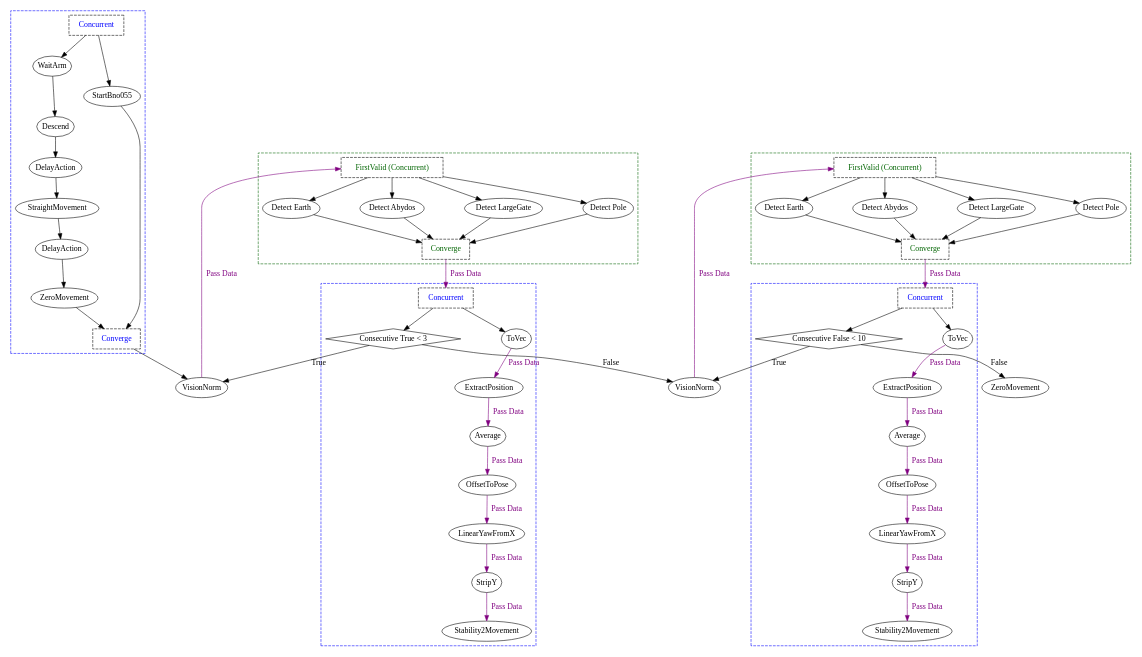
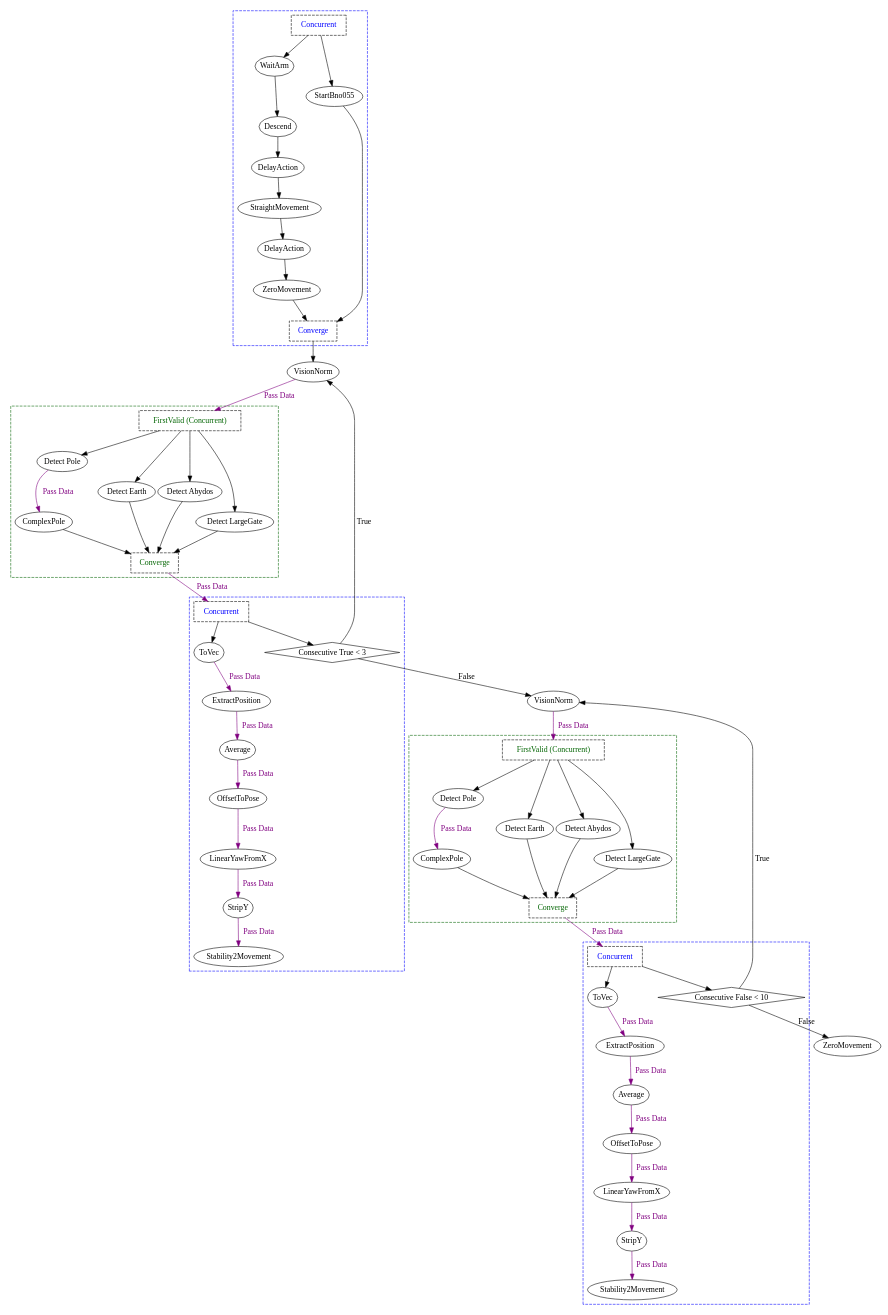
One commit to ncsurobotics/SW8S-Rust changed the diagram in graphs/pole-logic/gate/gate_run_complex.dot. Above: the diagram before and after it, drawn with Graphviz. The commit also changed 17 other files, not shown here.

```diff
--- a/graphs/pole-logic/gate/gate_run_complex.dot
+++ b/graphs/pole-logic/gate/gate_run_complex.dot
@@ -2,123 +2,127 @@
 	splines = true;
 	nodesep = 1.0;
 	bgcolor = "none"
-	"2bd655d3-71ba-45ed-b21e-16279caaa477" [shape = diamond];
-	"a01e5dd4-f7db-4a54-b85f-62ecef08a13f" [shape = diamond];
-	subgraph "cluster_c1e61c11-3910-48b1-9992-b3fd0e5b3210" {
+	"4c0540e2-a881-477e-b250-6ec16eefbc73" [shape = diamond];
+	"5f1c06dd-058b-4028-865f-52d4f9f89eb8" [shape = diamond];
+	subgraph "cluster_8c59b514-da0f-4f82-aefe-9039195e3c82" {
 		style = dashed;
 		color = blue;
-		"2ce8c90c-3b46-40f9-9d74-a91f3afa0d53" -> "4c9c7421-360c-4e41-bd42-1bf8656337c1" ;
-		"d2e70d39-f25d-492b-801b-8a4c6adc7da1" -> "0a4485b2-6d23-4e41-97b6-69013a7c1566" ;
-		"0a4485b2-6d23-4e41-97b6-69013a7c1566" -> "dd36d060-226e-45e8-8d5e-e10c7ce61c6f" ;
-		"4c9c7421-360c-4e41-bd42-1bf8656337c1" -> "d2e70d39-f25d-492b-801b-8a4c6adc7da1" ;
-		"b8d1b256-a2e7-4e83-b3f0-9a7b893a6e75" -> "2ce8c90c-3b46-40f9-9d74-a91f3afa0d53" ;
-		"260871b3-140f-4f81-9692-e09ef9cb1bec" -> "b8d1b256-a2e7-4e83-b3f0-9a7b893a6e75";
-		"260871b3-140f-4f81-9692-e09ef9cb1bec" -> "7a0a2050-b992-4a28-b17b-e0b534622b13";
-		"dd36d060-226e-45e8-8d5e-e10c7ce61c6f" -> "305733d7-3639-42b4-8277-3903d1e484bf";
-		"7a0a2050-b992-4a28-b17b-e0b534622b13" -> "305733d7-3639-42b4-8277-3903d1e484bf";
-		"260871b3-140f-4f81-9692-e09ef9cb1bec" [label = "Concurrent", shape = box, fontcolor = blue, style = dashed];
-		"b8d1b256-a2e7-4e83-b3f0-9a7b893a6e75" [label = "WaitArm", margin = 0];
-		"2ce8c90c-3b46-40f9-9d74-a91f3afa0d53" [label = "Descend", margin = 0];
-		"4c9c7421-360c-4e41-bd42-1bf8656337c1" [label = "DelayAction", margin = 0];
-		"d2e70d39-f25d-492b-801b-8a4c6adc7da1" [label = "StraightMovement", margin = 0];
-		"0a4485b2-6d23-4e41-97b6-69013a7c1566" [label = "DelayAction", margin = 0];
-		"dd36d060-226e-45e8-8d5e-e10c7ce61c6f" [label = "ZeroMovement", margin = 0];
-		"7a0a2050-b992-4a28-b17b-e0b534622b13" [label = "StartBno055", margin = 0];
-		"305733d7-3639-42b4-8277-3903d1e484bf" [label = "Converge", shape = box, fontcolor = blue, style = dashed];
+		"2539de1b-3e62-43da-aeb6-fc5fbde2a569" -> "53a56b02-a3d6-4e35-9f2d-75690e2b9ed6" ;
+		"e222d7f7-c1aa-454e-9317-9496f1a9473a" -> "49b5540e-ac39-4051-a566-cffffde2ae45" ;
+		"49b5540e-ac39-4051-a566-cffffde2ae45" -> "df51bb23-bdda-4107-a645-608104918433" ;
+		"53a56b02-a3d6-4e35-9f2d-75690e2b9ed6" -> "e222d7f7-c1aa-454e-9317-9496f1a9473a" ;
+		"2d2974ce-872d-41c8-aeee-73e77ebc61f4" -> "2539de1b-3e62-43da-aeb6-fc5fbde2a569" ;
+		"d06fed8e-9a02-4740-90a0-869951f1b13e" -> "2d2974ce-872d-41c8-aeee-73e77ebc61f4";
+		"d06fed8e-9a02-4740-90a0-869951f1b13e" -> "be6e374c-7216-4df3-896e-928fd23ea615";
+		"df51bb23-bdda-4107-a645-608104918433" -> "a8e0de73-2bab-4e06-86c9-fae8da04a5bd";
+		"be6e374c-7216-4df3-896e-928fd23ea615" -> "a8e0de73-2bab-4e06-86c9-fae8da04a5bd";
+		"d06fed8e-9a02-4740-90a0-869951f1b13e" [label = "Concurrent", shape = box, fontcolor = blue, style = dashed];
+		"2d2974ce-872d-41c8-aeee-73e77ebc61f4" [label = "WaitArm", margin = 0];
+		"2539de1b-3e62-43da-aeb6-fc5fbde2a569" [label = "Descend", margin = 0];
+		"53a56b02-a3d6-4e35-9f2d-75690e2b9ed6" [label = "DelayAction", margin = 0];
+		"e222d7f7-c1aa-454e-9317-9496f1a9473a" [label = "StraightMovement", margin = 0];
+		"49b5540e-ac39-4051-a566-cffffde2ae45" [label = "DelayAction", margin = 0];
+		"df51bb23-bdda-4107-a645-608104918433" [label = "ZeroMovement", margin = 0];
+		"be6e374c-7216-4df3-896e-928fd23ea615" [label = "StartBno055", margin = 0];
+		"a8e0de73-2bab-4e06-86c9-fae8da04a5bd" [label = "Converge", shape = box, fontcolor = blue, style = dashed];
 	}
 	
-	subgraph "cluster_cee96390-20e1-49f7-a063-418fb03e601f" {
+	subgraph "cluster_f03b633f-1e14-4688-9846-38c40a100f09" {
 		style = dashed;
 		color = darkgreen;
-		"a700979d-cc7d-495c-b35f-3e04bddcee45" -> "13dfb881-c95f-49c9-9e8e-ef2fa8a1fa29";
-		"a700979d-cc7d-495c-b35f-3e04bddcee45" -> "6cca75c4-6d68-4863-bd9a-d0ae86d9a6f5";
-		"a700979d-cc7d-495c-b35f-3e04bddcee45" -> "ef1608b3-de5b-4bdd-91c1-3c06d02e2422";
-		"a700979d-cc7d-495c-b35f-3e04bddcee45" -> "ca05766c-e50d-498c-a88e-02c91a3ecd51";
-		"13dfb881-c95f-49c9-9e8e-ef2fa8a1fa29" -> "67173867-a8cd-4ab3-9442-d9ff74e4eb84";
-		"6cca75c4-6d68-4863-bd9a-d0ae86d9a6f5" -> "67173867-a8cd-4ab3-9442-d9ff74e4eb84";
-		"ef1608b3-de5b-4bdd-91c1-3c06d02e2422" -> "67173867-a8cd-4ab3-9442-d9ff74e4eb84";
-		"ca05766c-e50d-498c-a88e-02c91a3ecd51" -> "67173867-a8cd-4ab3-9442-d9ff74e4eb84";
-		"a700979d-cc7d-495c-b35f-3e04bddcee45" [label = "FirstValid (Concurrent)", shape = box, fontcolor = darkgreen, style = dashed];
-		"13dfb881-c95f-49c9-9e8e-ef2fa8a1fa29" [label = "Detect Earth", margin = 0];
-		"6cca75c4-6d68-4863-bd9a-d0ae86d9a6f5" [label = "Detect Abydos", margin = 0];
-		"ef1608b3-de5b-4bdd-91c1-3c06d02e2422" [label = "Detect LargeGate", margin = 0];
-		"ca05766c-e50d-498c-a88e-02c91a3ecd51" [label = "Detect Pole", margin = 0];
-		"67173867-a8cd-4ab3-9442-d9ff74e4eb84" [label = "Converge", shape = box, fontcolor = darkgreen, style = dashed];
+		"36d6f7ff-9163-4587-babe-f352387fc3b6" -> "e1a3a978-1831-4d11-82ae-eea791f762a4" [color = purple, fontcolor = purple, label = "Pass Data"];
+		"c4e9caf9-3d58-4931-be98-250697200a35" -> "54736993-6823-4c63-87b8-7b699ae1efb1";
+		"c4e9caf9-3d58-4931-be98-250697200a35" -> "fb2c9a40-8373-4964-9d71-a4e1244bcf6b";
+		"c4e9caf9-3d58-4931-be98-250697200a35" -> "aa63a551-bdae-4733-b678-bafb49f45de5";
+		"c4e9caf9-3d58-4931-be98-250697200a35" -> "36d6f7ff-9163-4587-babe-f352387fc3b6";
+		"54736993-6823-4c63-87b8-7b699ae1efb1" -> "8908884d-9622-41b3-856e-c903b9b535a0";
+		"fb2c9a40-8373-4964-9d71-a4e1244bcf6b" -> "8908884d-9622-41b3-856e-c903b9b535a0";
+		"aa63a551-bdae-4733-b678-bafb49f45de5" -> "8908884d-9622-41b3-856e-c903b9b535a0";
+		"e1a3a978-1831-4d11-82ae-eea791f762a4" -> "8908884d-9622-41b3-856e-c903b9b535a0";
+		"c4e9caf9-3d58-4931-be98-250697200a35" [label = "FirstValid (Concurrent)", shape = box, fontcolor = darkgreen, style = dashed];
+		"54736993-6823-4c63-87b8-7b699ae1efb1" [label = "Detect Earth", margin = 0];
+		"fb2c9a40-8373-4964-9d71-a4e1244bcf6b" [label = "Detect Abydos", margin = 0];
+		"aa63a551-bdae-4733-b678-bafb49f45de5" [label = "Detect LargeGate", margin = 0];
+		"36d6f7ff-9163-4587-babe-f352387fc3b6" [label = "Detect Pole", margin = 0];
+		"e1a3a978-1831-4d11-82ae-eea791f762a4" [label = "ComplexPole", margin = 0];
+		"8908884d-9622-41b3-856e-c903b9b535a0" [label = "Converge", shape = box, fontcolor = darkgreen, style = dashed];
 	}
 	
-	subgraph "cluster_f652496b-00c1-404d-a5cb-b731b7689c3c" {
+	subgraph "cluster_48ab62da-65fe-48b0-b29a-0f56f45a9a8c" {
 		style = dashed;
 		color = blue;
-		"b95eaf61-734d-4143-8449-dacab9a2a1de" -> "289a16e0-08e9-4b80-ba8c-04a2725c7c63" [color = purple, fontcolor = purple, label = "Pass Data"];
-		"0e21977b-2294-4e90-ba46-4818f69d3a74" -> "b95eaf61-734d-4143-8449-dacab9a2a1de" [color = purple, fontcolor = purple, label = "Pass Data"];
-		"47d73e4c-7a54-4cb8-ad4a-ce299f17a5d4" -> "0e21977b-2294-4e90-ba46-4818f69d3a74" [color = purple, fontcolor = purple, label = "Pass Data"];
-		"2796e82e-4f67-4351-afd6-5236eb119e97" -> "47d73e4c-7a54-4cb8-ad4a-ce299f17a5d4" [color = purple, fontcolor = purple, label = "Pass Data"];
-		"78b53009-3621-45fa-b5a7-857a970b0aeb" -> "2796e82e-4f67-4351-afd6-5236eb119e97" [color = purple, fontcolor = purple, label = "Pass Data"];
-		"02ccbd30-565f-410b-b5a7-368ad317a2a4" -> "78b53009-3621-45fa-b5a7-857a970b0aeb" [color = purple, fontcolor = purple, label = "Pass Data"];
-		"04c0f976-bb9b-4d8c-9c35-66c6744276f1" -> "02ccbd30-565f-410b-b5a7-368ad317a2a4";
-		"04c0f976-bb9b-4d8c-9c35-66c6744276f1" -> "2bd655d3-71ba-45ed-b21e-16279caaa477";
-		"04c0f976-bb9b-4d8c-9c35-66c6744276f1" [label = "Concurrent", shape = box, fontcolor = blue, style = dashed];
-		"02ccbd30-565f-410b-b5a7-368ad317a2a4" [label = "ToVec", margin = 0];
-		"78b53009-3621-45fa-b5a7-857a970b0aeb" [label = "ExtractPosition", margin = 0];
-		"2796e82e-4f67-4351-afd6-5236eb119e97" [label = "Average", margin = 0];
-		"47d73e4c-7a54-4cb8-ad4a-ce299f17a5d4" [label = "OffsetToPose", margin = 0];
-		"0e21977b-2294-4e90-ba46-4818f69d3a74" [label = "LinearYawFromX", margin = 0];
-		"b95eaf61-734d-4143-8449-dacab9a2a1de" [label = "StripY", margin = 0];
-		"289a16e0-08e9-4b80-ba8c-04a2725c7c63" [label = "Stability2Movement", margin = 0];
-		"2bd655d3-71ba-45ed-b21e-16279caaa477" [label = "Consecutive True < 3", margin = 0];
+		"ba069955-c6aa-47dc-944f-e76e07236238" -> "e71a86ab-5fb1-4f56-b031-8efa471da6f1" [color = purple, fontcolor = purple, label = "Pass Data"];
+		"5a36595b-804e-4f2a-ae24-179193b1e5d4" -> "ba069955-c6aa-47dc-944f-e76e07236238" [color = purple, fontcolor = purple, label = "Pass Data"];
+		"3e6d75f1-a4aa-4669-b90f-5978a3b34e76" -> "5a36595b-804e-4f2a-ae24-179193b1e5d4" [color = purple, fontcolor = purple, label = "Pass Data"];
+		"06d7197c-7b90-42ce-a65d-287f4dbf98c1" -> "3e6d75f1-a4aa-4669-b90f-5978a3b34e76" [color = purple, fontcolor = purple, label = "Pass Data"];
+		"1da63511-c0e8-48f4-9645-81789b37c497" -> "06d7197c-7b90-42ce-a65d-287f4dbf98c1" [color = purple, fontcolor = purple, label = "Pass Data"];
+		"80cd3004-6aa5-453d-bad4-b68f09f80ec1" -> "1da63511-c0e8-48f4-9645-81789b37c497" [color = purple, fontcolor = purple, label = "Pass Data"];
+		"cee897e1-10ca-49e6-81c0-3b61dc81851b" -> "80cd3004-6aa5-453d-bad4-b68f09f80ec1";
+		"cee897e1-10ca-49e6-81c0-3b61dc81851b" -> "4c0540e2-a881-477e-b250-6ec16eefbc73";
+		"cee897e1-10ca-49e6-81c0-3b61dc81851b" [label = "Concurrent", shape = box, fontcolor = blue, style = dashed];
+		"80cd3004-6aa5-453d-bad4-b68f09f80ec1" [label = "ToVec", margin = 0];
+		"1da63511-c0e8-48f4-9645-81789b37c497" [label = "ExtractPosition", margin = 0];
+		"06d7197c-7b90-42ce-a65d-287f4dbf98c1" [label = "Average", margin = 0];
+		"3e6d75f1-a4aa-4669-b90f-5978a3b34e76" [label = "OffsetToPose", margin = 0];
+		"5a36595b-804e-4f2a-ae24-179193b1e5d4" [label = "LinearYawFromX", margin = 0];
+		"ba069955-c6aa-47dc-944f-e76e07236238" [label = "StripY", margin = 0];
+		"e71a86ab-5fb1-4f56-b031-8efa471da6f1" [label = "Stability2Movement", margin = 0];
+		"4c0540e2-a881-477e-b250-6ec16eefbc73" [label = "Consecutive True < 3", margin = 0];
 	}
 	
-	subgraph "cluster_086918d6-4e17-4adb-af03-3e5d4de047bc" {
+	subgraph "cluster_7271cc8f-16b8-4b2e-abd5-b150b0a5a6ea" {
 		style = dashed;
 		color = darkgreen;
-		"1778f426-3d9e-44a9-bd92-d2024a82b68f" -> "39adc28d-47f9-4335-9188-d3034337a0c1";
-		"1778f426-3d9e-44a9-bd92-d2024a82b68f" -> "07d8f8fb-5ab6-4eeb-8055-757c5d966674";
-		"1778f426-3d9e-44a9-bd92-d2024a82b68f" -> "e4a3bef9-c621-4d15-80f2-9b0c9a3bfd69";
-		"1778f426-3d9e-44a9-bd92-d2024a82b68f" -> "b326521e-39e7-4729-8b85-b4ceccc50f21";
-		"39adc28d-47f9-4335-9188-d3034337a0c1" -> "273d79b8-b42c-490a-81c8-46558d8b8052";
-		"07d8f8fb-5ab6-4eeb-8055-757c5d966674" -> "273d79b8-b42c-490a-81c8-46558d8b8052";
-		"e4a3bef9-c621-4d15-80f2-9b0c9a3bfd69" -> "273d79b8-b42c-490a-81c8-46558d8b8052";
-		"b326521e-39e7-4729-8b85-b4ceccc50f21" -> "273d79b8-b42c-490a-81c8-46558d8b8052";
-		"1778f426-3d9e-44a9-bd92-d2024a82b68f" [label = "FirstValid (Concurrent)", shape = box, fontcolor = darkgreen, style = dashed];
-		"39adc28d-47f9-4335-9188-d3034337a0c1" [label = "Detect Earth", margin = 0];
-		"07d8f8fb-5ab6-4eeb-8055-757c5d966674" [label = "Detect Abydos", margin = 0];
-		"e4a3bef9-c621-4d15-80f2-9b0c9a3bfd69" [label = "Detect LargeGate", margin = 0];
-		"b326521e-39e7-4729-8b85-b4ceccc50f21" [label = "Detect Pole", margin = 0];
-		"273d79b8-b42c-490a-81c8-46558d8b8052" [label = "Converge", shape = box, fontcolor = darkgreen, style = dashed];
+		"2457fe96-0f9c-48e2-a391-e28d0df096fc" -> "d6b25610-9d4b-466d-88c0-ce60da18f0c7" [color = purple, fontcolor = purple, label = "Pass Data"];
+		"e45ff290-1085-47a5-af23-f7fb1a181b33" -> "6a2bb310-7eb8-4ad1-ade2-b7a84ab46d05";
+		"e45ff290-1085-47a5-af23-f7fb1a181b33" -> "01022d30-df7a-4aaf-8eb0-d5d86a9d92ab";
+		"e45ff290-1085-47a5-af23-f7fb1a181b33" -> "7262de15-b8da-4cb2-8e98-8ef2d9927927";
+		"e45ff290-1085-47a5-af23-f7fb1a181b33" -> "2457fe96-0f9c-48e2-a391-e28d0df096fc";
+		"6a2bb310-7eb8-4ad1-ade2-b7a84ab46d05" -> "f9d3b321-d606-4f5f-9aad-4594020e85e1";
+		"01022d30-df7a-4aaf-8eb0-d5d86a9d92ab" -> "f9d3b321-d606-4f5f-9aad-4594020e85e1";
+		"7262de15-b8da-4cb2-8e98-8ef2d9927927" -> "f9d3b321-d606-4f5f-9aad-4594020e85e1";
+		"d6b25610-9d4b-466d-88c0-ce60da18f0c7" -> "f9d3b321-d606-4f5f-9aad-4594020e85e1";
+		"e45ff290-1085-47a5-af23-f7fb1a181b33" [label = "FirstValid (Concurrent)", shape = box, fontcolor = darkgreen, style = dashed];
+		"6a2bb310-7eb8-4ad1-ade2-b7a84ab46d05" [label = "Detect Earth", margin = 0];
+		"01022d30-df7a-4aaf-8eb0-d5d86a9d92ab" [label = "Detect Abydos", margin = 0];
+		"7262de15-b8da-4cb2-8e98-8ef2d9927927" [label = "Detect LargeGate", margin = 0];
+		"2457fe96-0f9c-48e2-a391-e28d0df096fc" [label = "Detect Pole", margin = 0];
+		"d6b25610-9d4b-466d-88c0-ce60da18f0c7" [label = "ComplexPole", margin = 0];
+		"f9d3b321-d606-4f5f-9aad-4594020e85e1" [label = "Converge", shape = box, fontcolor = darkgreen, style = dashed];
 	}
 	
-	subgraph "cluster_69ea0896-16ec-4528-8108-02dd92d27b1c" {
+	subgraph "cluster_c5f19189-221b-47ce-b444-58dfd59d901d" {
 		style = dashed;
 		color = blue;
-		"21dcc286-c88c-47db-9b40-971d60a452db" -> "4c529d5f-6990-4704-ab28-95ada0dc8ebe" [color = purple, fontcolor = purple, label = "Pass Data"];
-		"9f1f3848-9c6c-4b5d-b227-32434c22f836" -> "21dcc286-c88c-47db-9b40-971d60a452db" [color = purple, fontcolor = purple, label = "Pass Data"];
-		"0951a2dd-bd84-470e-81b1-4be1fc641c8c" -> "9f1f3848-9c6c-4b5d-b227-32434c22f836" [color = purple, fontcolor = purple, label = "Pass Data"];
-		"e38ac075-bb62-4553-a62e-ec39766bcece" -> "0951a2dd-bd84-470e-81b1-4be1fc641c8c" [color = purple, fontcolor = purple, label = "Pass Data"];
-		"3b370e36-2db7-4e53-9bd5-ec0aeb29c44d" -> "e38ac075-bb62-4553-a62e-ec39766bcece" [color = purple, fontcolor = purple, label = "Pass Data"];
-		"261a1ff7-557b-455f-941e-cf3cddebd88a" -> "3b370e36-2db7-4e53-9bd5-ec0aeb29c44d" [color = purple, fontcolor = purple, label = "Pass Data"];
-		"5031e8b9-df18-4404-860a-984ec3348439" -> "261a1ff7-557b-455f-941e-cf3cddebd88a";
-		"5031e8b9-df18-4404-860a-984ec3348439" -> "a01e5dd4-f7db-4a54-b85f-62ecef08a13f";
-		"5031e8b9-df18-4404-860a-984ec3348439" [label = "Concurrent", shape = box, fontcolor = blue, style = dashed];
-		"261a1ff7-557b-455f-941e-cf3cddebd88a" [label = "ToVec", margin = 0];
-		"3b370e36-2db7-4e53-9bd5-ec0aeb29c44d" [label = "ExtractPosition", margin = 0];
-		"e38ac075-bb62-4553-a62e-ec39766bcece" [label = "Average", margin = 0];
-		"0951a2dd-bd84-470e-81b1-4be1fc641c8c" [label = "OffsetToPose", margin = 0];
-		"9f1f3848-9c6c-4b5d-b227-32434c22f836" [label = "LinearYawFromX", margin = 0];
-		"21dcc286-c88c-47db-9b40-971d60a452db" [label = "StripY", margin = 0];
-		"4c529d5f-6990-4704-ab28-95ada0dc8ebe" [label = "Stability2Movement", margin = 0];
-		"a01e5dd4-f7db-4a54-b85f-62ecef08a13f" [label = "Consecutive False < 10", margin = 0];
+		"aa719c38-fd87-479b-844d-d803823bf752" -> "d42ecd43-8bf5-4fe3-8415-8cbbf1a66bce" [color = purple, fontcolor = purple, label = "Pass Data"];
+		"09c1e92c-624a-458b-a9f1-404db0f93609" -> "aa719c38-fd87-479b-844d-d803823bf752" [color = purple, fontcolor = purple, label = "Pass Data"];
+		"349d60db-4f94-45e4-8093-653b0429c990" -> "09c1e92c-624a-458b-a9f1-404db0f93609" [color = purple, fontcolor = purple, label = "Pass Data"];
+		"83ef2c00-79eb-4d3f-ba4c-3e41741fffc1" -> "349d60db-4f94-45e4-8093-653b0429c990" [color = purple, fontcolor = purple, label = "Pass Data"];
+		"4b3ebb1c-6457-49f5-80c2-0898be7202e3" -> "83ef2c00-79eb-4d3f-ba4c-3e41741fffc1" [color = purple, fontcolor = purple, label = "Pass Data"];
+		"f209a0b8-1cbd-42bc-ab77-99193618cd64" -> "4b3ebb1c-6457-49f5-80c2-0898be7202e3" [color = purple, fontcolor = purple, label = "Pass Data"];
+		"34002a47-9e68-4e76-b90e-25869aaa8456" -> "f209a0b8-1cbd-42bc-ab77-99193618cd64";
+		"34002a47-9e68-4e76-b90e-25869aaa8456" -> "5f1c06dd-058b-4028-865f-52d4f9f89eb8";
+		"34002a47-9e68-4e76-b90e-25869aaa8456" [label = "Concurrent", shape = box, fontcolor = blue, style = dashed];
+		"f209a0b8-1cbd-42bc-ab77-99193618cd64" [label = "ToVec", margin = 0];
+		"4b3ebb1c-6457-49f5-80c2-0898be7202e3" [label = "ExtractPosition", margin = 0];
+		"83ef2c00-79eb-4d3f-ba4c-3e41741fffc1" [label = "Average", margin = 0];
+		"349d60db-4f94-45e4-8093-653b0429c990" [label = "OffsetToPose", margin = 0];
+		"09c1e92c-624a-458b-a9f1-404db0f93609" [label = "LinearYawFromX", margin = 0];
+		"aa719c38-fd87-479b-844d-d803823bf752" [label = "StripY", margin = 0];
+		"d42ecd43-8bf5-4fe3-8415-8cbbf1a66bce" [label = "Stability2Movement", margin = 0];
+		"5f1c06dd-058b-4028-865f-52d4f9f89eb8" [label = "Consecutive False < 10", margin = 0];
 	}
 	
-	"67173867-a8cd-4ab3-9442-d9ff74e4eb84" -> "04c0f976-bb9b-4d8c-9c35-66c6744276f1" [color = purple, fontcolor = purple, label = "Pass Data"];
-	"16cf733e-7032-413f-8d6f-c63900bf1a94" -> "a700979d-cc7d-495c-b35f-3e04bddcee45" [color = purple, fontcolor = purple, label = "Pass Data"];
-	"2bd655d3-71ba-45ed-b21e-16279caaa477" -> "16cf733e-7032-413f-8d6f-c63900bf1a94" [label = "True"];
-	"273d79b8-b42c-490a-81c8-46558d8b8052" -> "5031e8b9-df18-4404-860a-984ec3348439" [color = purple, fontcolor = purple, label = "Pass Data"];
-	"b4aa9f0e-8a90-4133-baa0-65852e487a70" -> "1778f426-3d9e-44a9-bd92-d2024a82b68f" [color = purple, fontcolor = purple, label = "Pass Data"];
-	"a01e5dd4-f7db-4a54-b85f-62ecef08a13f" -> "b4aa9f0e-8a90-4133-baa0-65852e487a70" [label = "True"];
-	"a01e5dd4-f7db-4a54-b85f-62ecef08a13f" -> "580ee1ce-9aa5-4841-9d83-8e6ba7e826fc" [label = "False"];
-	"2bd655d3-71ba-45ed-b21e-16279caaa477" -> "b4aa9f0e-8a90-4133-baa0-65852e487a70" [label = "False"];
-	"305733d7-3639-42b4-8277-3903d1e484bf" -> "16cf733e-7032-413f-8d6f-c63900bf1a94" ;
-	"16cf733e-7032-413f-8d6f-c63900bf1a94" [label = "VisionNorm", margin = 0];
-	"b4aa9f0e-8a90-4133-baa0-65852e487a70" [label = "VisionNorm", margin = 0];
-	"580ee1ce-9aa5-4841-9d83-8e6ba7e826fc" [label = "ZeroMovement", margin = 0];
+	"8908884d-9622-41b3-856e-c903b9b535a0" -> "cee897e1-10ca-49e6-81c0-3b61dc81851b" [color = purple, fontcolor = purple, label = "Pass Data"];
+	"0c109dc6-611b-4e10-9712-903c835fdbce" -> "c4e9caf9-3d58-4931-be98-250697200a35" [color = purple, fontcolor = purple, label = "Pass Data"];
+	"4c0540e2-a881-477e-b250-6ec16eefbc73" -> "0c109dc6-611b-4e10-9712-903c835fdbce" [label = "True"];
+	"f9d3b321-d606-4f5f-9aad-4594020e85e1" -> "34002a47-9e68-4e76-b90e-25869aaa8456" [color = purple, fontcolor = purple, label = "Pass Data"];
+	"cc166cc9-df85-410b-b75f-b5045b18b048" -> "e45ff290-1085-47a5-af23-f7fb1a181b33" [color = purple, fontcolor = purple, label = "Pass Data"];
+	"5f1c06dd-058b-4028-865f-52d4f9f89eb8" -> "cc166cc9-df85-410b-b75f-b5045b18b048" [label = "True"];
+	"5f1c06dd-058b-4028-865f-52d4f9f89eb8" -> "efb13ab7-f4c1-4e83-bdf9-33f577f7e9af" [label = "False"];
+	"4c0540e2-a881-477e-b250-6ec16eefbc73" -> "cc166cc9-df85-410b-b75f-b5045b18b048" [label = "False"];
+	"a8e0de73-2bab-4e06-86c9-fae8da04a5bd" -> "0c109dc6-611b-4e10-9712-903c835fdbce" ;
+	"0c109dc6-611b-4e10-9712-903c835fdbce" [label = "VisionNorm", margin = 0];
+	"cc166cc9-df85-410b-b75f-b5045b18b048" [label = "VisionNorm", margin = 0];
+	"efb13ab7-f4c1-4e83-bdf9-33f577f7e9af" [label = "ZeroMovement", margin = 0];
 }
```
